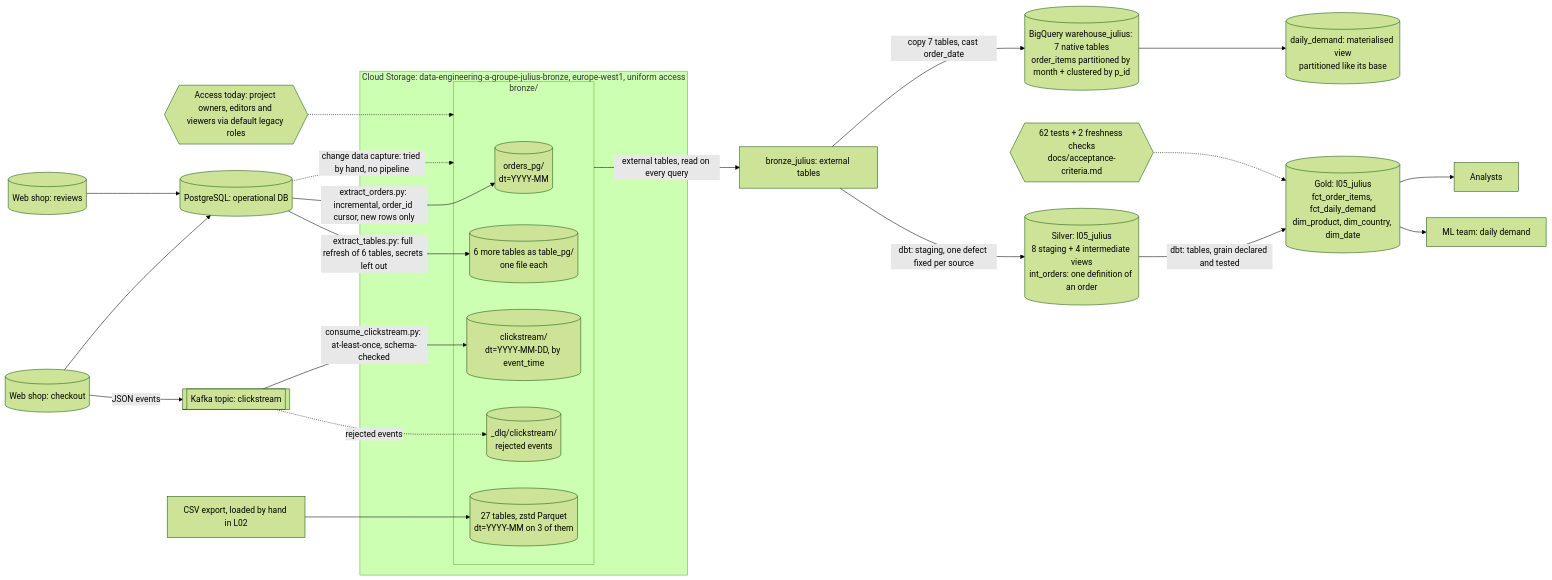
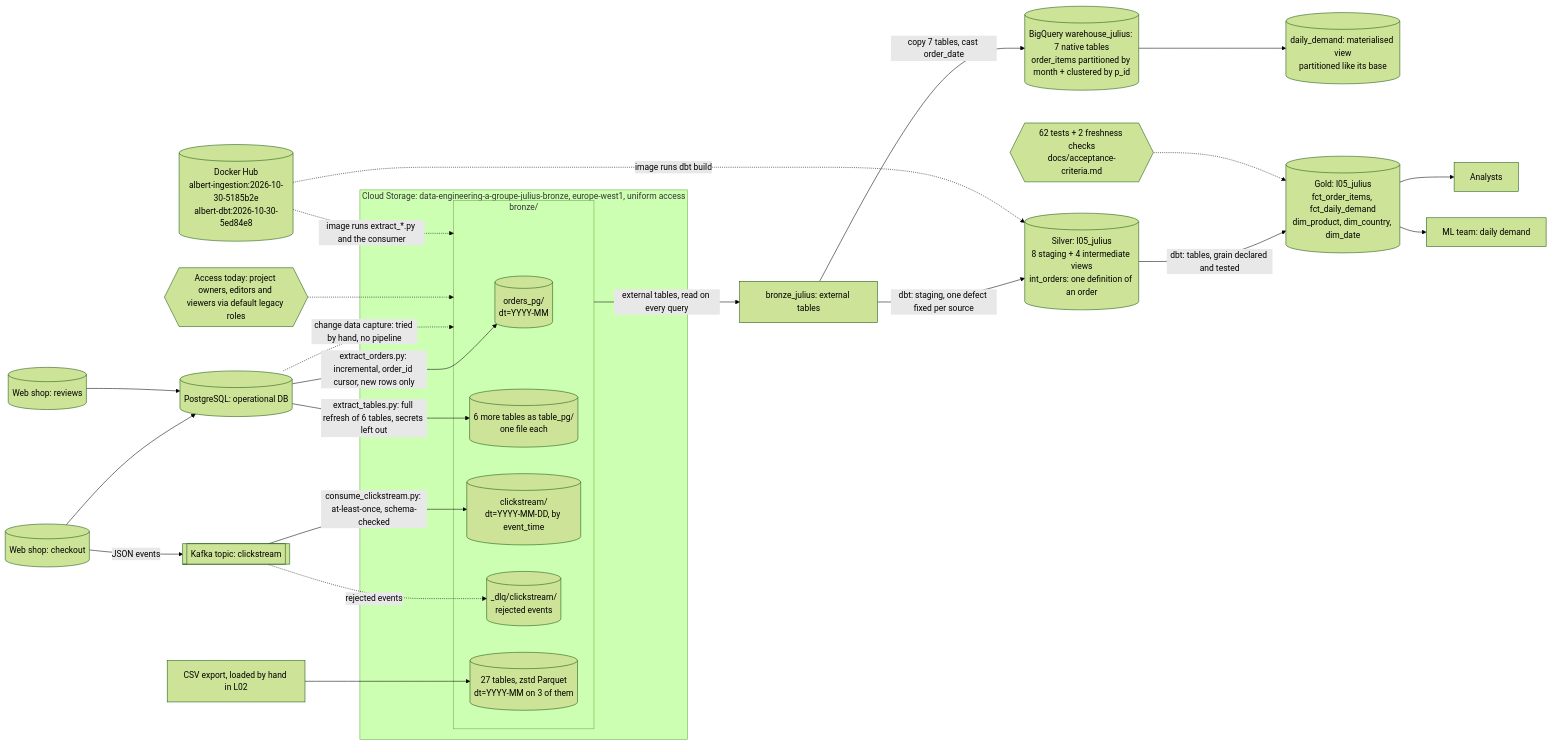
One commit to JuliusHayter/de-platform-template changed the diagram in docs/architecture.md. Above: the diagram before and after it, drawn with Mermaid (forest theme). The commit also changed other lines of this file and 6 other files, not shown here.

````diff
--- a/docs/architecture.md
+++ b/docs/architecture.md
@@ -19,33 +19,35 @@
 ```mermaid
 flowchart LR
   checkout[(Web shop: checkout)] --> pg[(PostgreSQL: operational DB)]
   reviews[(Web shop: reviews)] --> pg
   checkout -->|JSON events| kafka[[Kafka topic: clickstream]]
 
   pg -->|"extract_orders.py: incremental, order_id cursor, new rows only"| orders_pg
   pg -->|"extract_tables.py: full refresh of 6 tables, secrets left out"| tables_pg
   kafka -->|"consume_clickstream.py: at-least-once, schema-checked"| clickstream
   kafka -.->|"rejected events"| dlq
   pg -.->|"change data capture: tried by hand, no pipeline"| bronze
   csv[CSV export, loaded by hand in L02] --> tables
 
   subgraph gcs[Cloud Storage: data-engineering-a-groupe-julius-bronze, europe-west1, uniform access]
     subgraph bronze[bronze/]
       tables[(27 tables, zstd Parquet<br/>dt=YYYY-MM on 3 of them)]
       orders_pg[(orders_pg/<br/>dt=YYYY-MM)]
       tables_pg[(6 more tables as table_pg/<br/>one file each)]
       clickstream[(clickstream/<br/>dt=YYYY-MM-DD, by event_time)]
       dlq[(_dlq/clickstream/<br/>rejected events)]
     end
   end
 
   access{{Access today: project owners, editors and viewers via default legacy roles}} -.-> bronze
   bronze -->|"external tables, read on every query"| ext[bronze_julius: external tables]
   ext -->|"copy 7 tables, cast order_date"| wh[(BigQuery warehouse_julius: 7 native tables<br/>order_items partitioned by month + clustered by p_id)]
   wh --> mv[(daily_demand: materialised view<br/>partitioned like its base)]
   ext -->|"dbt: staging, one defect fixed per source"| silver[(Silver: l05_julius<br/>8 staging + 4 intermediate views<br/>int_orders: one definition of an order)]
   silver -->|"dbt: tables, grain declared and tested"| gold[(Gold: l05_julius<br/>fct_order_items, fct_daily_demand<br/>dim_product, dim_country, dim_date)]
   gold --> analysts[Analysts]
   gold --> ml[ML team: daily demand]
+  hub[("Docker Hub<br/>albert-ingestion:2026-10-30-5185b2e<br/>albert-dbt:2026-10-30-5ed84e8")] -.->|"image runs extract_*.py and the consumer"| bronze
+  hub -.->|"image runs dbt build"| silver
   tests{{"62 tests + 2 freshness checks<br/>docs/acceptance-criteria.md"}} -.-> gold
 ```
````
